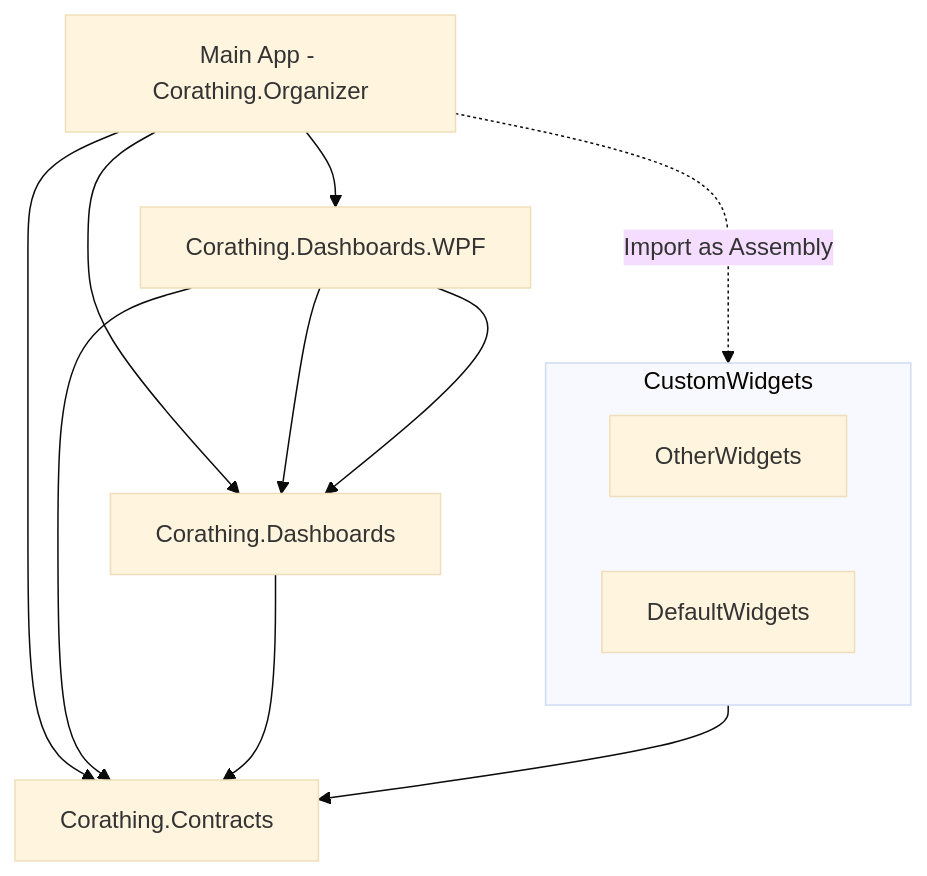
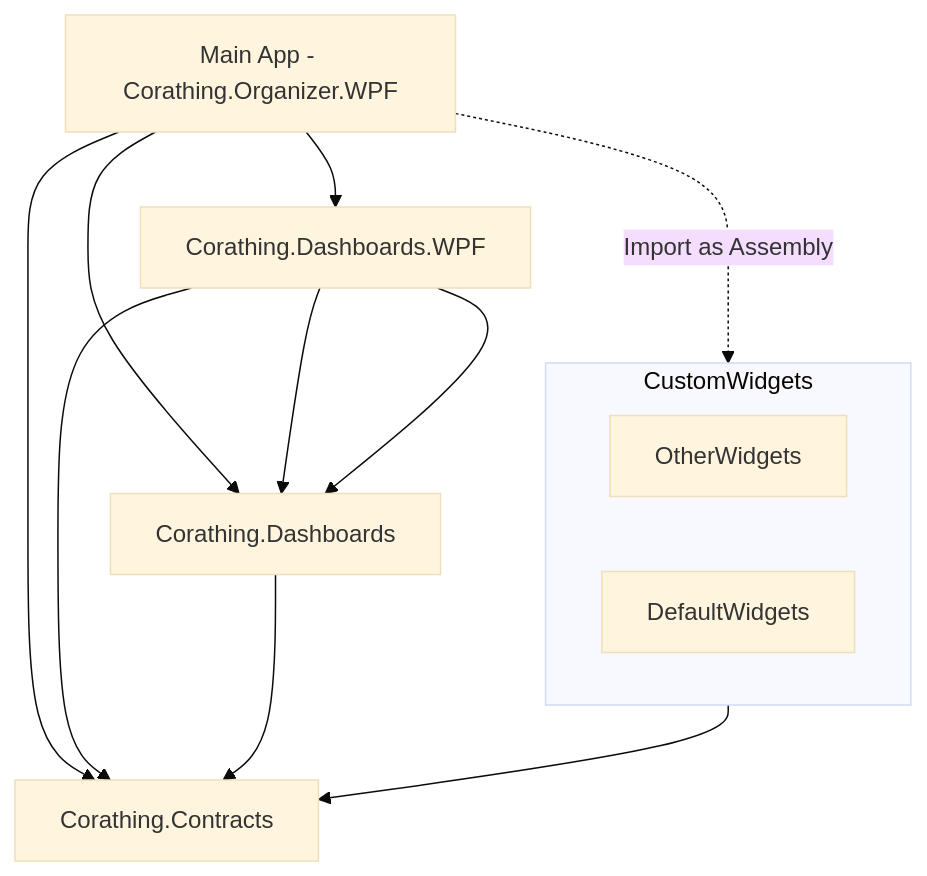
Before and after one commit to dogzz9445/Corathing: the diagram in README.md, drawn with Mermaid (base theme). The commit also changed other lines of this file and 214 other files, not shown here.

````diff
--- a/README.md
+++ b/README.md
@@ -36,17 +36,17 @@
 ```mermaid
 graph
-    A[Main App - Corathing.Organizer] --> B[Corathing.Contracts]
+    A[Main App - Corathing.Organizer.WPF] --> B[Corathing.Contracts]
     A --> C2[Corathing.Dashboards.WPF]
     A --> C1[Corathing.Dashboards]
     C2 --> C1
     C2 --> B
     C2 --> C1
     C1 --> B
     subgraph CustomWidgets
         D[CustomWidgets]
         E[DefaultWidgets]
         D[OtherWidgets]
     end
     A -. Import as Assembly .-> CustomWidgets
     CustomWidgets --> B
 ```
````
